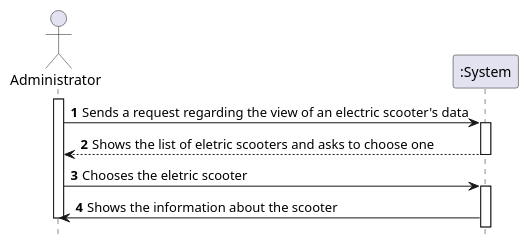
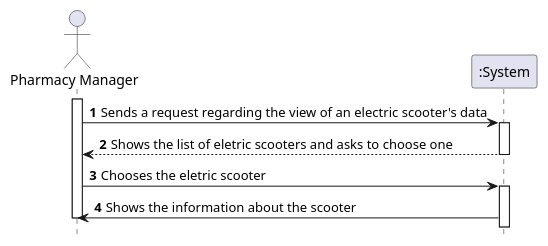
The diagram in docs/Iteration 1/Scooter Management/US57_ScooterInformation/US57_SSD.puml (tiagoavcosta25/LAPR3), drawn with PlantUML before and after one commit. The commit also changed 7 other files, not shown here.

Commit message:
LAPR2AP2 - 162 #fixing Scooter Information [Analysis] LAPR2AP2 - 163 #fixing Scooter Information [Design]

```diff
--- a/docs/Iteration 1/Scooter Management/US57_ScooterInformation/US57_SSD.puml
+++ b/docs/Iteration 1/Scooter Management/US57_ScooterInformation/US57_SSD.puml
@@ -1,21 +1,21 @@
 @startuml
 autonumber
 hide footbox
 
-actor "Administrator" as ADMIN
+actor "Pharmacy Manager" as PHARMAN
 
 participant ":System" as SYST
 
-activate ADMIN
+activate PHARMAN
 
-ADMIN -> SYST : Sends a request regarding the view of an electric scooter's data
+PHARMAN -> SYST : Sends a request regarding the view of an electric scooter's data
 activate SYST
-SYST --> ADMIN : Shows the list of eletric scooters and asks to choose one
+SYST --> PHARMAN : Shows the list of eletric scooters and asks to choose one
 deactivate SYST
-ADMIN -> SYST : Chooses the eletric scooter
+PHARMAN -> SYST : Chooses the eletric scooter
 activate SYST
-SYST -> ADMIN : Shows the information about the scooter
+SYST -> PHARMAN : Shows the information about the scooter
 
-deactivate ADMIN
+deactivate PHARMAN
 
 @enduml
```
